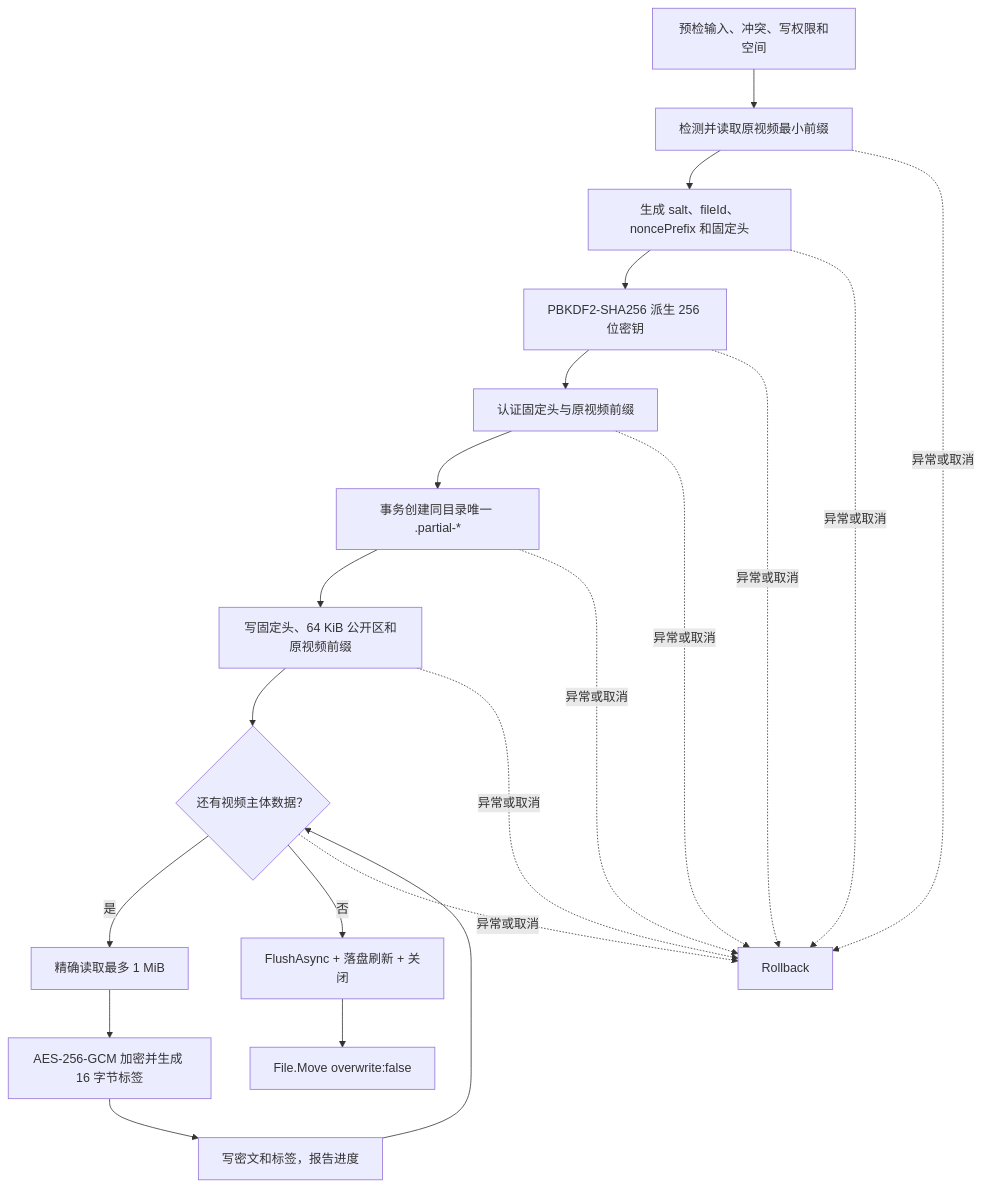
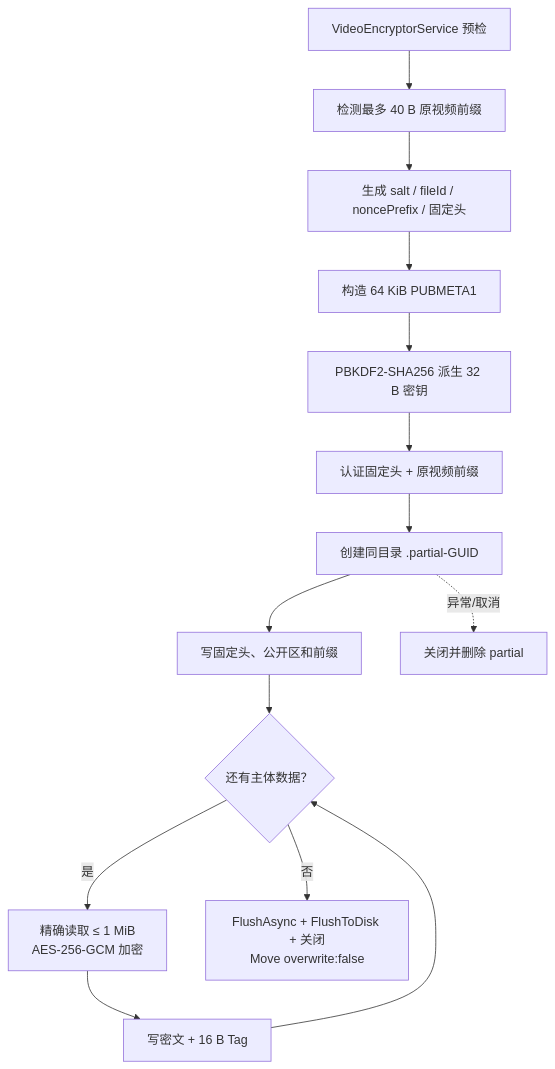
Before and after one commit to crownclowngx/avalonia_dock_simple_test: the third of 6 diagrams in Plugins/MySmallTools/MySmallTools/docs/secret-video-player/architecture-design.md, drawn with Mermaid. The commit also changed other lines of this file and 3 other files, not shown here.

````diff
--- a/Plugins/MySmallTools/MySmallTools/docs/secret-video-player/architecture-design.md
+++ b/Plugins/MySmallTools/MySmallTools/docs/secret-video-player/architecture-design.md
@@ -130,23 +146,16 @@
 ```mermaid
 flowchart TD
-    Start["预检输入、冲突、写权限和空间"] --> Prefix["检测并读取原视频最小前缀"]
-    Prefix --> Header["生成 salt、fileId、noncePrefix 和固定头"]
-    Header --> Kdf["PBKDF2-SHA256 派生 256 位密钥"]
-    Kdf --> HeaderAuth["认证固定头与原视频前缀"]
-    HeaderAuth --> Temp["事务创建同目录唯一 .partial-*"]
-    Temp --> Public["写固定头、64 KiB 公开区和原视频前缀"]
-    Public --> Loop{"还有视频主体数据？"}
-    Loop -->|是| Read["精确读取最多 1 MiB"]
-    Read --> Gcm["AES-256-GCM 加密并生成 16 字节标签"]
-    Gcm --> Write["写密文和标签，报告进度"]
-    Write --> Loop
-    Loop -->|否| Flush["FlushAsync + 落盘刷新 + 关闭"]
-    Flush --> Commit["File.Move overwrite:false"]
-    Temp -.->|异常或取消| Rollback
-    Prefix -.->|异常或取消| Rollback
-    Header -.->|异常或取消| Rollback
-    Kdf -.->|异常或取消| Rollback
-    HeaderAuth -.->|异常或取消| Rollback
-    Public -.->|异常或取消| Rollback
-    Loop -.->|异常或取消| Rollback
+    Preflight["VideoEncryptorService 预检"] --> Prefix["检测最多 40 B 原视频前缀"]
+    Prefix --> Header["生成 salt / fileId / noncePrefix / 固定头"]
+    Header --> Public["构造 64 KiB PUBMETA1"]
+    Public --> Kdf["PBKDF2-SHA256 派生 32 B 密钥"]
+    Kdf --> HeaderTag["认证固定头 + 原视频前缀"]
+    HeaderTag --> Partial["创建同目录 .partial-GUID"]
+    Partial --> WriteBase["写固定头、公开区和前缀"]
+    WriteBase --> Chunk{"还有主体数据？"}
+    Chunk -->|是| Encrypt["精确读取 ≤ 1 MiB<br/>AES-256-GCM 加密"]
+    Encrypt --> WriteChunk["写密文 + 16 B Tag"]
+    WriteChunk --> Chunk
+    Chunk -->|否| Commit["FlushAsync + FlushToDisk + 关闭<br/>Move overwrite:false"]
+    Partial -.->|异常/取消| Cleanup["关闭并删除 partial"]
 ```
````
